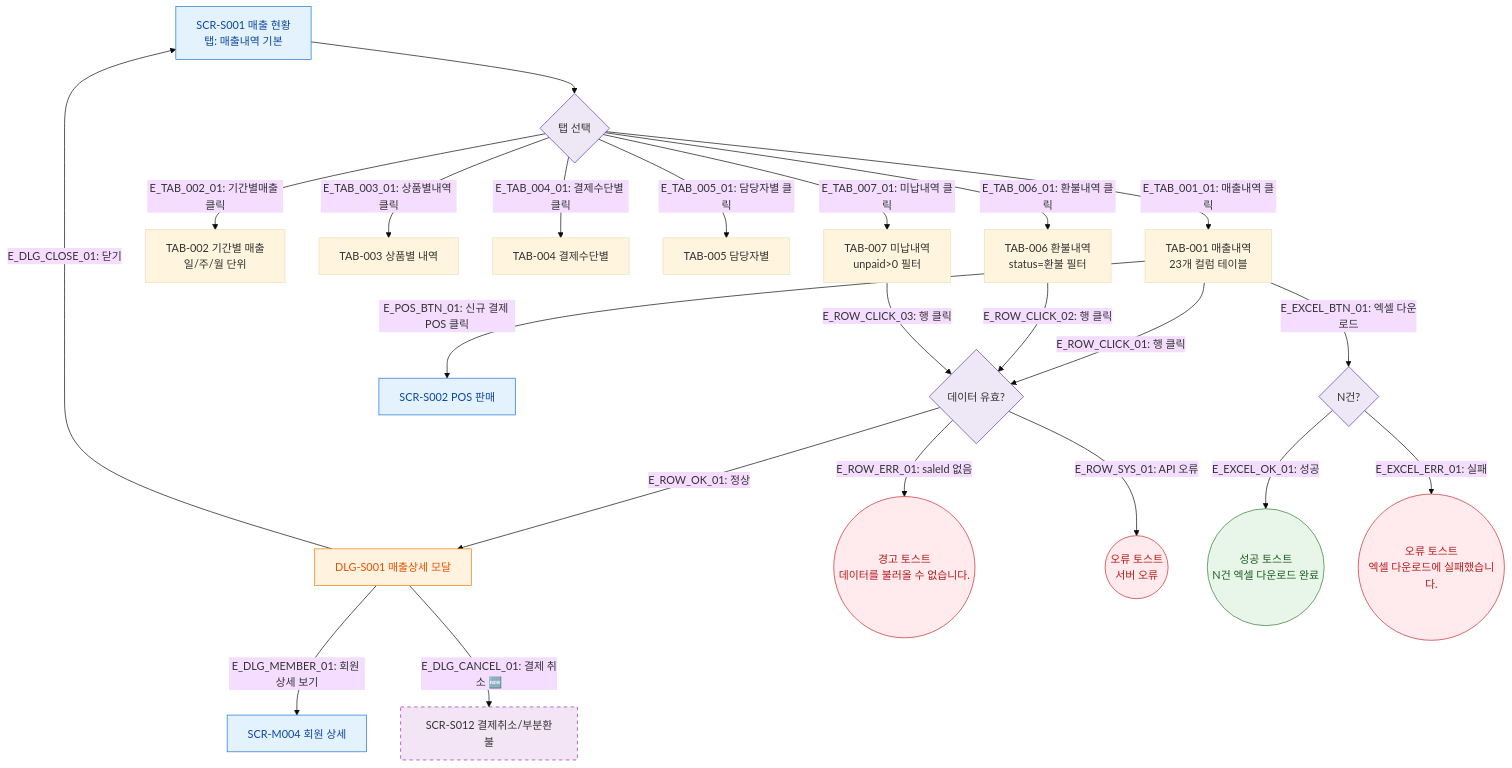
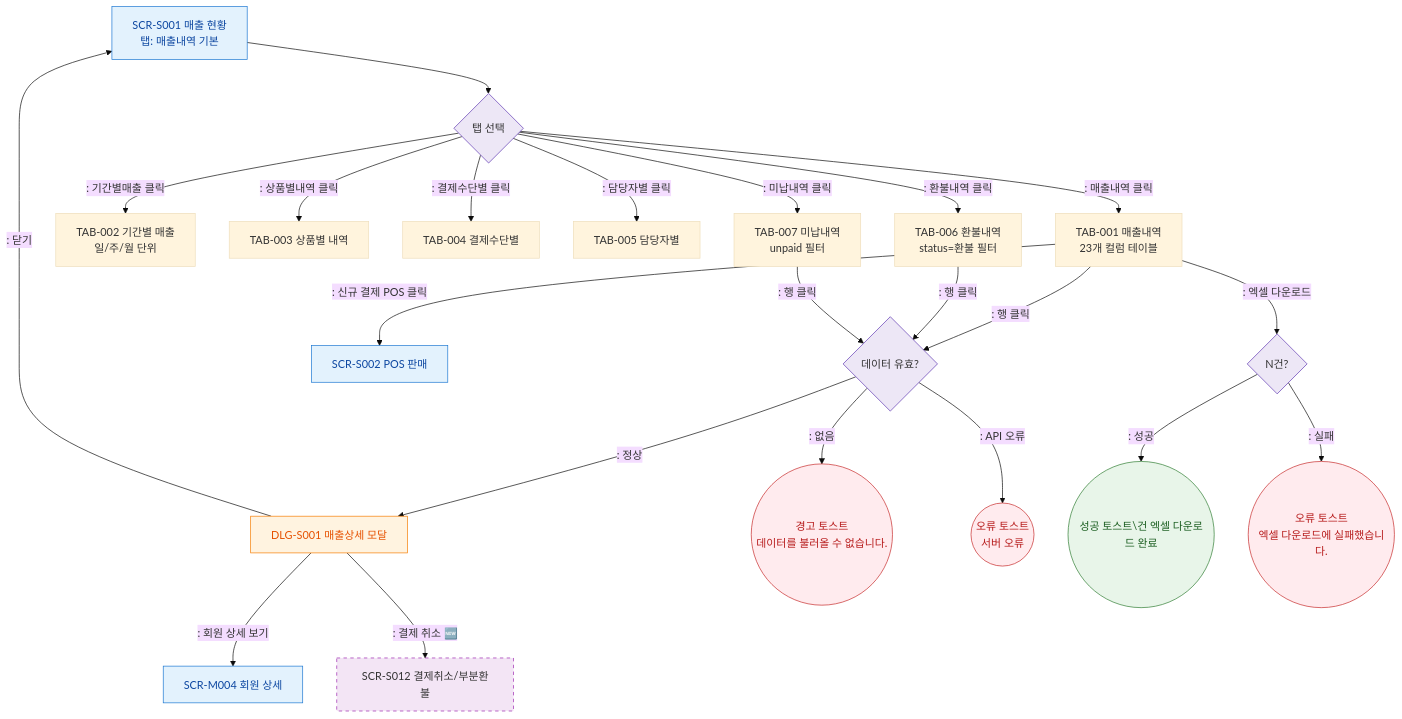
Before and after one commit to dev-spogym/admin-pando: the diagram in docs/다이어그램/D03_매출관리/SCR-S001_매출현황/F2_메인.md, drawn with Mermaid (base theme). The commit also changed other lines of this file and 1660 other files, not shown here.

First line of the commit message:
다이어그램: 기획자/클라이언트 납품본으로 정리

````diff
--- a/docs/다이어그램/D03_매출관리/SCR-S001_매출현황/F2_메인.md
+++ b/docs/다이어그램/D03_매출관리/SCR-S001_매출현황/F2_메인.md
@@ -21,43 +19,43 @@
 ```mermaid
 flowchart TD
     S001[SCR-S001 매출 현황\n탭: 매출내역 기본] --> TABSELECT{탭 선택}
 
-    TABSELECT -->|"E_TAB_001_01: 매출내역 클릭"| TAB001[TAB-001 매출내역\n23개 컬럼 테이블]
-    TABSELECT -->|"E_TAB_002_01: 기간별매출 클릭"| TAB002[TAB-002 기간별 매출\n일/주/월 단위]
-    TABSELECT -->|"E_TAB_003_01: 상품별내역 클릭"| TAB003[TAB-003 상품별 내역]
-    TABSELECT -->|"E_TAB_004_01: 결제수단별 클릭"| TAB004[TAB-004 결제수단별]
-    TABSELECT -->|"E_TAB_005_01: 담당자별 클릭"| TAB005[TAB-005 담당자별]
-    TABSELECT -->|"E_TAB_006_01: 환불내역 클릭"| TAB006[TAB-006 환불내역\nstatus=환불 필터]
-    TABSELECT -->|"E_TAB_007_01: 미납내역 클릭"| TAB007[TAB-007 미납내역\nunpaid>0 필터]
+    TABSELECT -->|": 매출내역 클릭"|TAB001[TAB-001 매출내역\n23개 컬럼 테이블]
+    TABSELECT -->|": 기간별매출 클릭"|TAB002[TAB-002 기간별 매출\n일/주/월 단위]
+    TABSELECT -->|": 상품별내역 클릭"|TAB003[TAB-003 상품별 내역]
+    TABSELECT -->|": 결제수단별 클릭"|TAB004[TAB-004 결제수단별]
+    TABSELECT -->|": 담당자별 클릭"|TAB005[TAB-005 담당자별]
+    TABSELECT -->|": 환불내역 클릭"|TAB006[TAB-006 환불내역\nstatus=환불 필터]
+    TABSELECT -->|": 미납내역 클릭"|TAB007[TAB-007 미납내역\nunpaid 필터]
 
-    TAB001 -->|"E_ROW_CLICK_01: 행 클릭"| VALID_ROW{데이터 유효?}
-    TAB006 -->|"E_ROW_CLICK_02: 행 클릭"| VALID_ROW
-    TAB007 -->|"E_ROW_CLICK_03: 행 클릭"| VALID_ROW
+    TAB001 -->|": 행 클릭"|VALID_ROW{데이터 유효?}
+    TAB006 -->|": 행 클릭"|VALID_ROW
+    TAB007 -->|": 행 클릭"|VALID_ROW
 
-    VALID_ROW -->|"E_ROW_OK_01: 정상"| DLG_S001[DLG-S001 매출상세 모달]
-    VALID_ROW -->|"E_ROW_ERR_01: saleId 없음"| TOAST_WARN((경고 토스트\n데이터를 불러올 수 없습니다.))
-    VALID_ROW -->|"E_ROW_SYS_01: API 오류"| TOAST_ERR((오류 토스트\n서버 오류))
+    VALID_ROW -->|": 정상"|DLG_S001[DLG-S001 매출상세 모달]
+    VALID_ROW -->|": 없음"|TOAST_WARN((경고 토스트\n데이터를 불러올 수 없습니다.))
+    VALID_ROW -->|": API 오류"|TOAST_ERR((오류 토스트\n서버 오류))
 
-    DLG_S001 -->|"E_DLG_CLOSE_01: 닫기"| S001
-    DLG_S001 -->|"E_DLG_MEMBER_01: 회원 상세 보기"| SCR_M004[SCR-M004 회원 상세]
-    DLG_S001 -->|"E_DLG_CANCEL_01: 결제 취소 🆕"| SCR_S012[SCR-S012 결제취소/부분환불]
+    DLG_S001 -->|": 닫기"|S001
+    DLG_S001 -->|": 회원 상세 보기"|SCR_M004[SCR-M004 회원 상세]
+    DLG_S001 -->|": 결제 취소 🆕"|SCR_S012[SCR-S012 결제취소/부분환불]
 
-    TAB001 -->|"E_POS_BTN_01: 신규 결제 POS 클릭"| SCR_S002[SCR-S002 POS 판매]
-    TAB001 -->|"E_EXCEL_BTN_01: 엑셀 다운로드"| EXCEL_CHECK{N건?}
-    EXCEL_CHECK -->|"E_EXCEL_OK_01: 성공"| TOAST_EXCEL((성공 토스트\nN건 엑셀 다운로드 완료))
-    EXCEL_CHECK -->|"E_EXCEL_ERR_01: 실패"| TOAST_EXCEL_ERR((오류 토스트\n엑셀 다운로드에 실패했습니다.))
+    TAB001 -->|": 신규 결제 POS 클릭"|SCR_S002[SCR-S002 POS 판매]
+    TAB001 -->|": 엑셀 다운로드"|EXCEL_CHECK{N건?}
+    EXCEL_CHECK -->|": 성공"|TOAST_EXCEL((성공 토스트\건 엑셀 다운로드 완료))
+    EXCEL_CHECK -->|": 실패"|TOAST_EXCEL_ERR((오류 토스트\n엑셀 다운로드에 실패했습니다.))
 
     classDef screen fill:#E3F2FD,stroke:#1976D2,color:#0D47A1
     classDef modal fill:#FFF3E0,stroke:#F57C00,color:#E65100
     classDef newFeature fill:#F3E5F5,stroke:#9C27B0,stroke-dasharray:5 5
     classDef error fill:#FFEBEE,stroke:#C62828,color:#B71C1C
     classDef success fill:#E8F5E9,stroke:#2E7D32,color:#1B5E20
     classDef system fill:#EDE7F6,stroke:#5E35B2
 
     class S001,SCR_S002,SCR_M004 screen
     class SCR_S012 newFeature
     class DLG_S001 modal
     class TOAST_ERR,TOAST_EXCEL_ERR,TOAST_WARN error
     class TOAST_EXCEL success
     class VALID_ROW,EXCEL_CHECK,TABSELECT system
 ```
````
